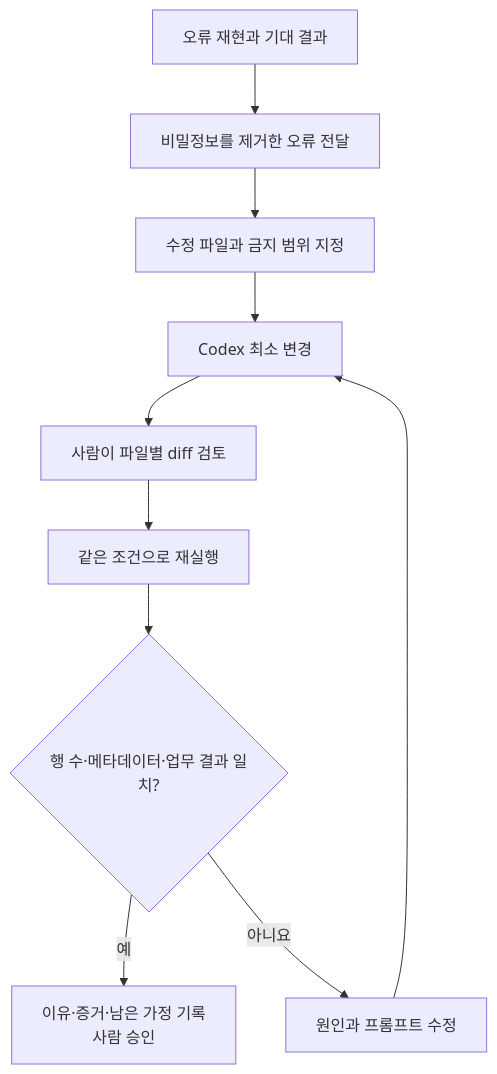
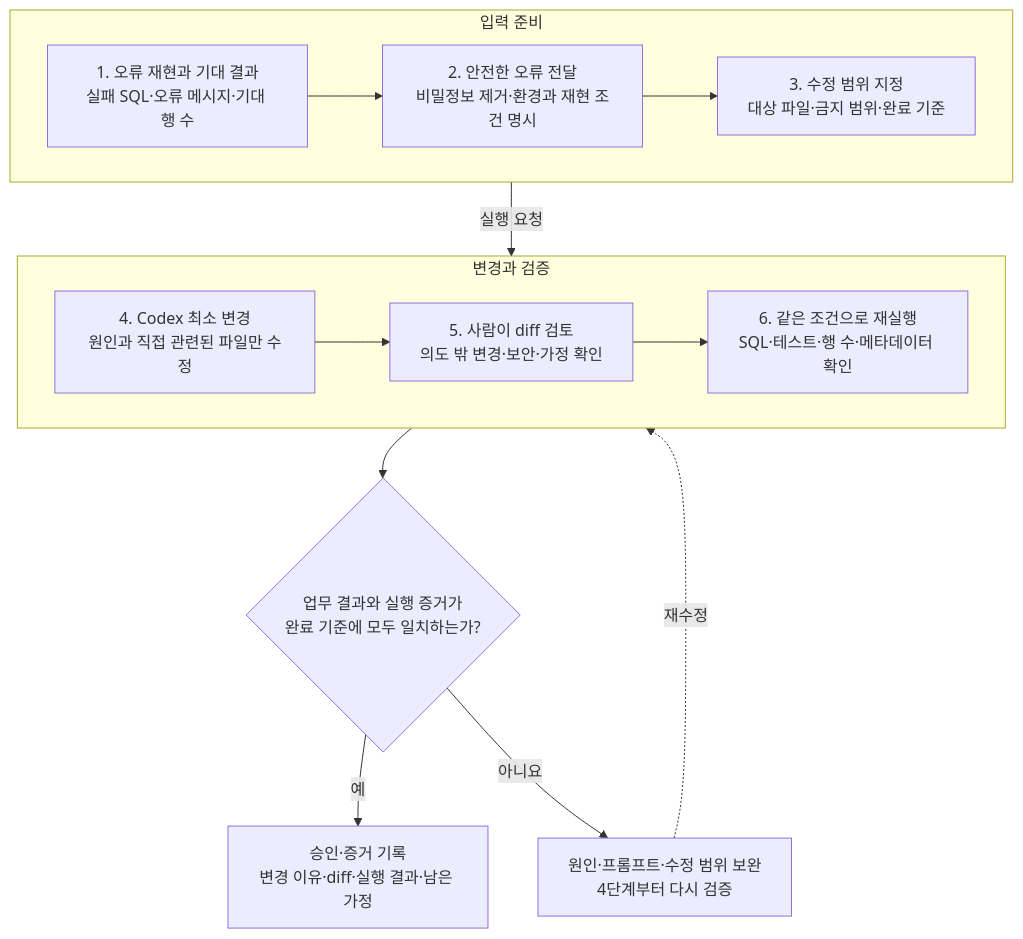
Before and after one commit to GilbertMoon/ai-database-book: the diagram in images/chapter13/ch13_08_codex_error_fix_loop.mmd, drawn with Mermaid.

Commit message:
Improve Codex error fix loop source diagram

```diff
--- a/images/chapter13/ch13_08_codex_error_fix_loop.mmd
+++ b/images/chapter13/ch13_08_codex_error_fix_loop.mmd
@@ -1,10 +1,18 @@
 flowchart TB
-    A[오류 재현과 기대 결과] --> B[비밀정보를 제거한 오류 전달]
-    B --> C[수정 파일과 금지 범위 지정]
-    C --> D[Codex 최소 변경]
-    D --> E[사람이 파일별 diff 검토]
-    E --> F[같은 조건으로 재실행]
-    F --> G{행 수·메타데이터·업무 결과 일치?}
-    G -- 예 --> H[이유·증거·남은 가정 기록<br/>사람 승인]
-    G -- 아니요 --> I[원인과 프롬프트 수정]
-    I --> D
+    subgraph P1[입력 준비]
+        direction LR
+        A["1. 오류 재현과 기대 결과<br/>실패 SQL·오류 메시지·기대 행 수"] --> B["2. 안전한 오류 전달<br/>비밀정보 제거·환경과 재현 조건 명시"]
+        B --> C["3. 수정 범위 지정<br/>대상 파일·금지 범위·완료 기준"]
+    end
+
+    subgraph P2[변경과 검증]
+        direction LR
+        D["4. Codex 최소 변경<br/>원인과 직접 관련된 파일만 수정"] --> E["5. 사람이 diff 검토<br/>의도 밖 변경·보안·가정 확인"]
+        E --> F["6. 같은 조건으로 재실행<br/>SQL·테스트·행 수·메타데이터 확인"]
+    end
+
+    C -->|실행 요청| D
+    F --> G{"업무 결과와 실행 증거가<br/>완료 기준에 모두 일치하는가?"}
+    G -- 예 --> H["승인·증거 기록<br/>변경 이유·diff·실행 결과·남은 가정"]
+    G -- 아니요 --> I["원인·프롬프트·수정 범위 보완<br/>4단계부터 다시 검증"]
+    I -. 재수정 .-> D
```
